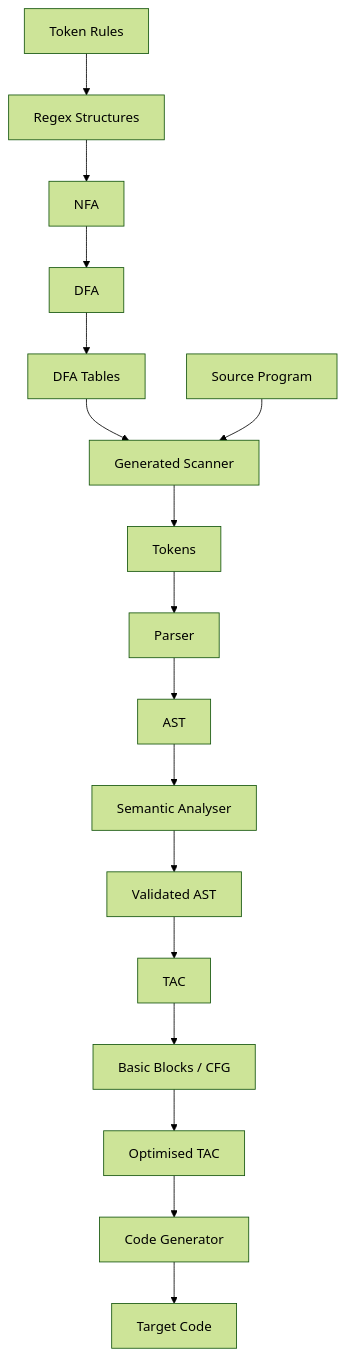
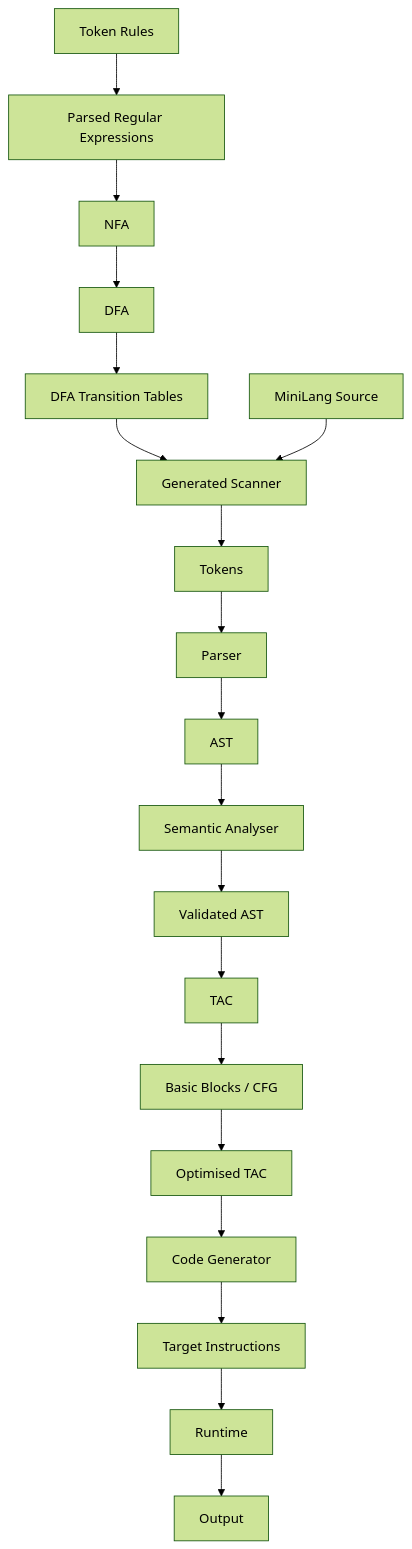
Before and after one commit to Venom-bot460/T15-MiniFlex-Compiler: the second of 2 diagrams in docs/architecture.md, drawn with Mermaid (forest theme). The commit also changed other lines of this file, not shown here.

Commit message:
feat: modification of architecture.md

````diff
--- a/docs/architecture.md
+++ b/docs/architecture.md
@@ -289,20 +776,22 @@
 ```mermaid
 flowchart TD
-    A["Token Rules"] --> B["Regex Structures"]
+    A["Token Rules"] --> B["Parsed Regular Expressions"]
     B --> C["NFA"]
     C --> D["DFA"]
-    D --> E["DFA Tables"]
+    D --> E["DFA Transition Tables"]
 
     E --> F["Generated Scanner"]
-    G["Source Program"] --> F
+    G["MiniLang Source"] --> F
     F --> H["Tokens"]
     H --> I["Parser"]
     I --> J["AST"]
     J --> K["Semantic Analyser"]
     K --> L["Validated AST"]
     L --> M["TAC"]
     M --> N["Basic Blocks / CFG"]
     N --> O["Optimised TAC"]
     O --> P["Code Generator"]
-    P --> Q["Target Code"]
+    P --> Q["Target Instructions"]
+    Q --> R["Runtime"]
+    R --> S["Output"]
 ```
````
